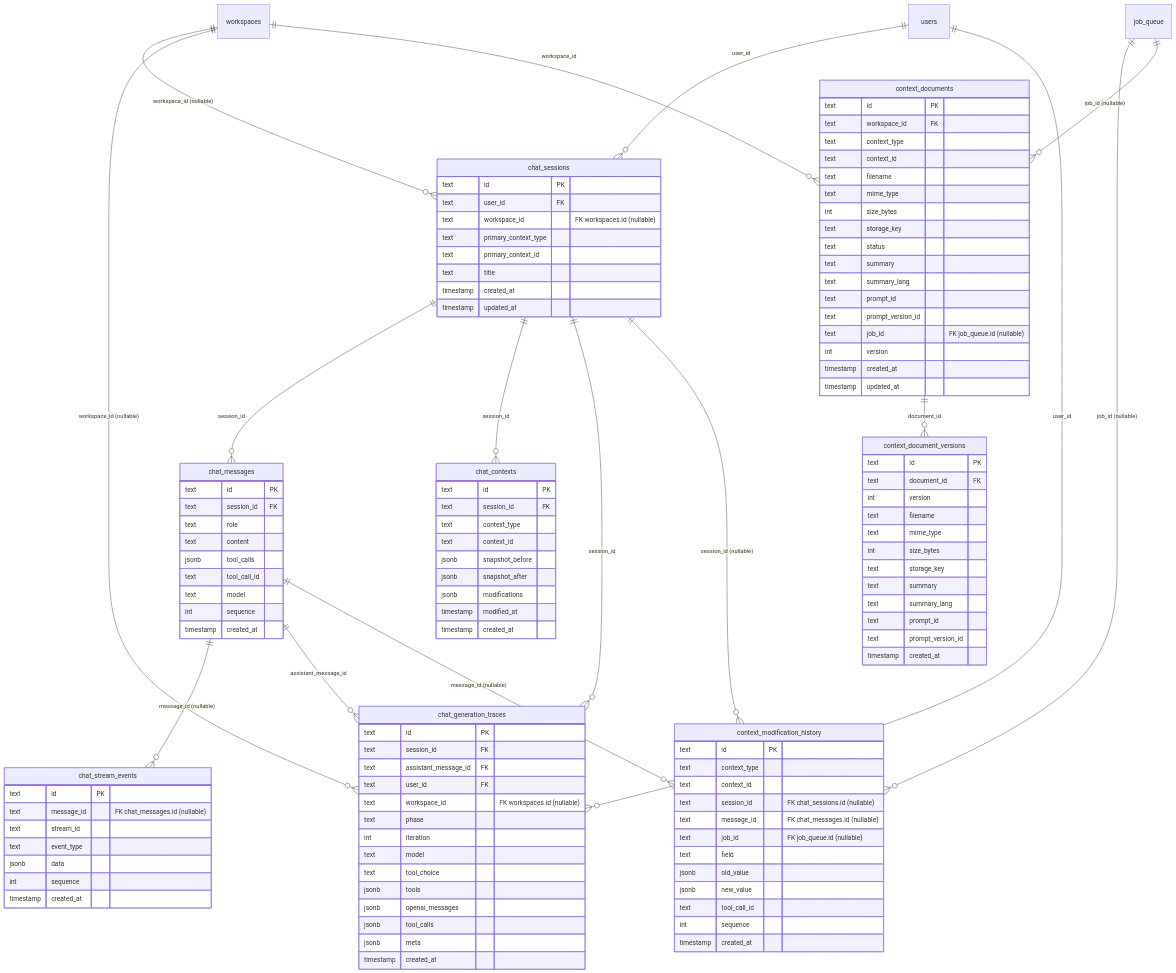
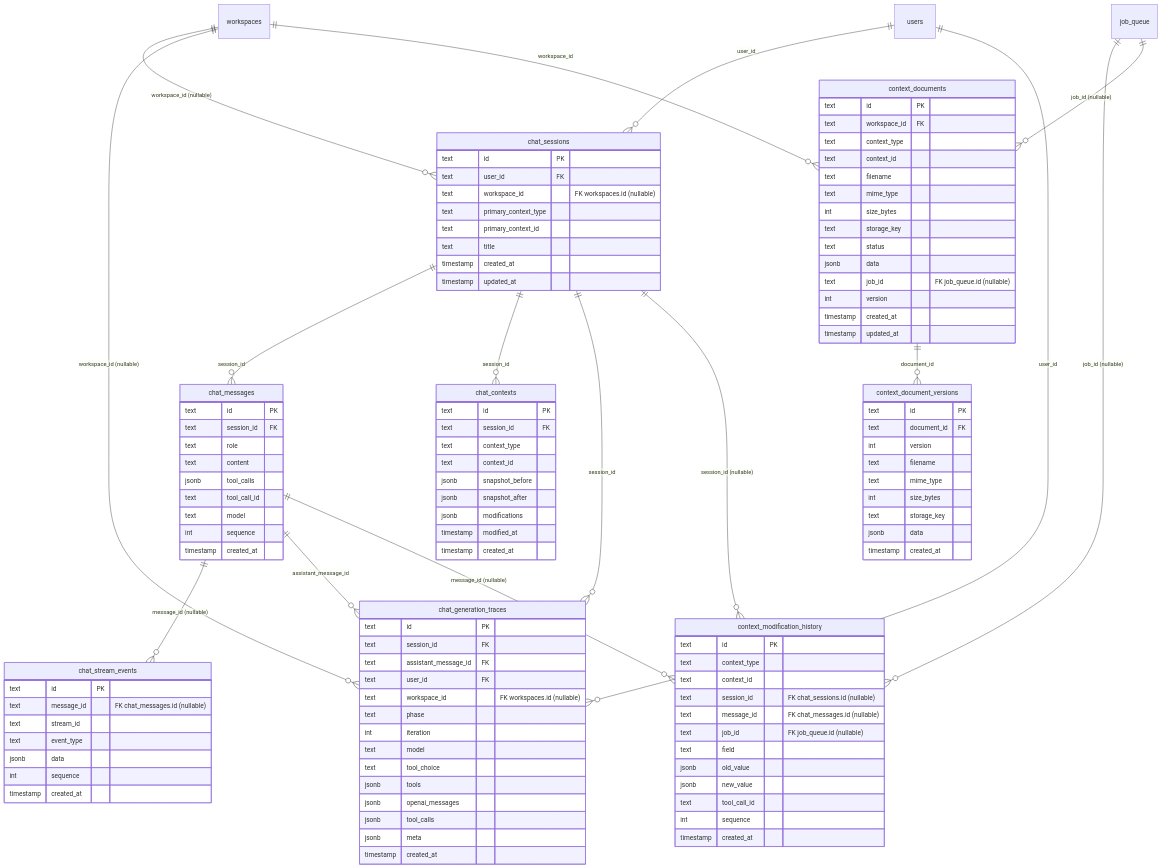
One commit to rhanka/sentropic changed the third of 3 diagrams in spec/DATA_MODEL.md. Above: the diagram before and after it, drawn with Mermaid. The commit also changed 11 other files, not shown here.

````diff
--- a/spec/DATA_MODEL.md
+++ b/spec/DATA_MODEL.md
@@ -291,10 +291,7 @@
         int size_bytes
         text storage_key
         text status
-        text summary
-        text summary_lang
-        text prompt_id
-        text prompt_version_id
+        jsonb data
         text job_id "FK job_queue.id (nullable)"
         int version
         timestamp created_at
@@ -309,10 +306,7 @@
         text mime_type
         int size_bytes
         text storage_key
-        text summary
-        text summary_lang
-        text prompt_id
-        text prompt_version_id
+        jsonb data
         timestamp created_at
     }
 ```
````
